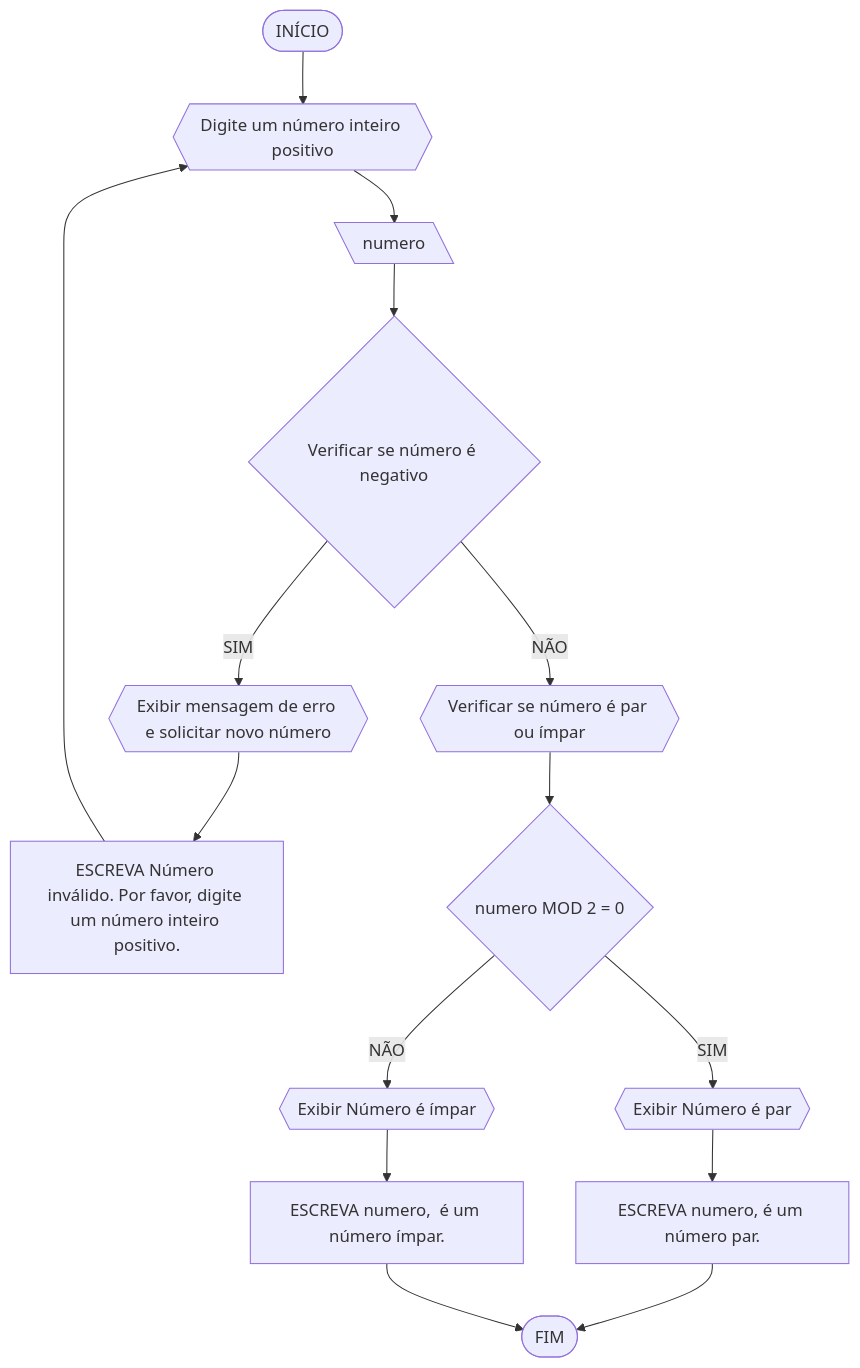
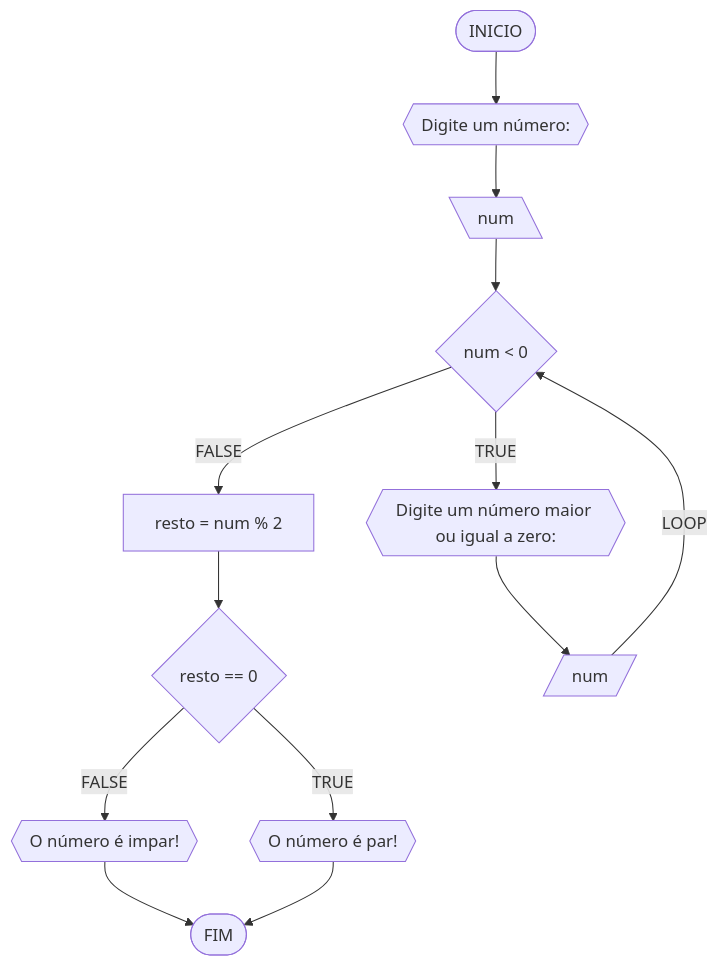
One commit to rineesousa/unifor changed the third of 7 diagrams in RLA/lista de exercicio 3.md. Above: the diagram before and after it, drawn with Mermaid. The commit also changed other lines of this file, not shown here.

````diff
--- a/RLA/lista de exercicio 3.md
+++ b/RLA/lista de exercicio 3.md
@@ -8,18 +130,15 @@
 ```mermaid
 flowchart TD
-A([INÍCIO]) --> B{{Digite um número inteiro positivo}}
-B --> C[\numero\]
-C --> D{Verificar se número é negativo}
-D -- SIM --> E{{Exibir mensagem de erro e solicitar novo número}}
-E --> F[ESCREVA Número inválido. Por favor, digite um número inteiro positivo.]
-F --> B
-D -- NÃO --> G{{Verificar se número é par ou ímpar}}
-G --> H{numero MOD 2 = 0}
-H -- SIM --> I{{Exibir Número é par}}
-I --> J[ESCREVA numero, é um número par.]
-J --> K([FIM])
-H -- NÃO --> L{{Exibir Número é ímpar}}
-L --> M[ESCREVA numero,  é um número ímpar.]
-M --> K
-
+A([INICIO]) --> B{{Digite um número:}}
+B --> C[\num\]
+C --> D{num < 0}
+D --FALSE--> E[resto = num % 2]
+E --> H{resto == 0}
+H --FALSE--> I{{O número é impar!}}
+H --TRUE--> J{{O número é par!}}
+I --> Z([FIM])
+J --> Z
+D --TRUE--> F{{Digite um número maior ou igual a zero:}}
+F --> G[/num/]
+G --LOOP--> D
 ```
````
